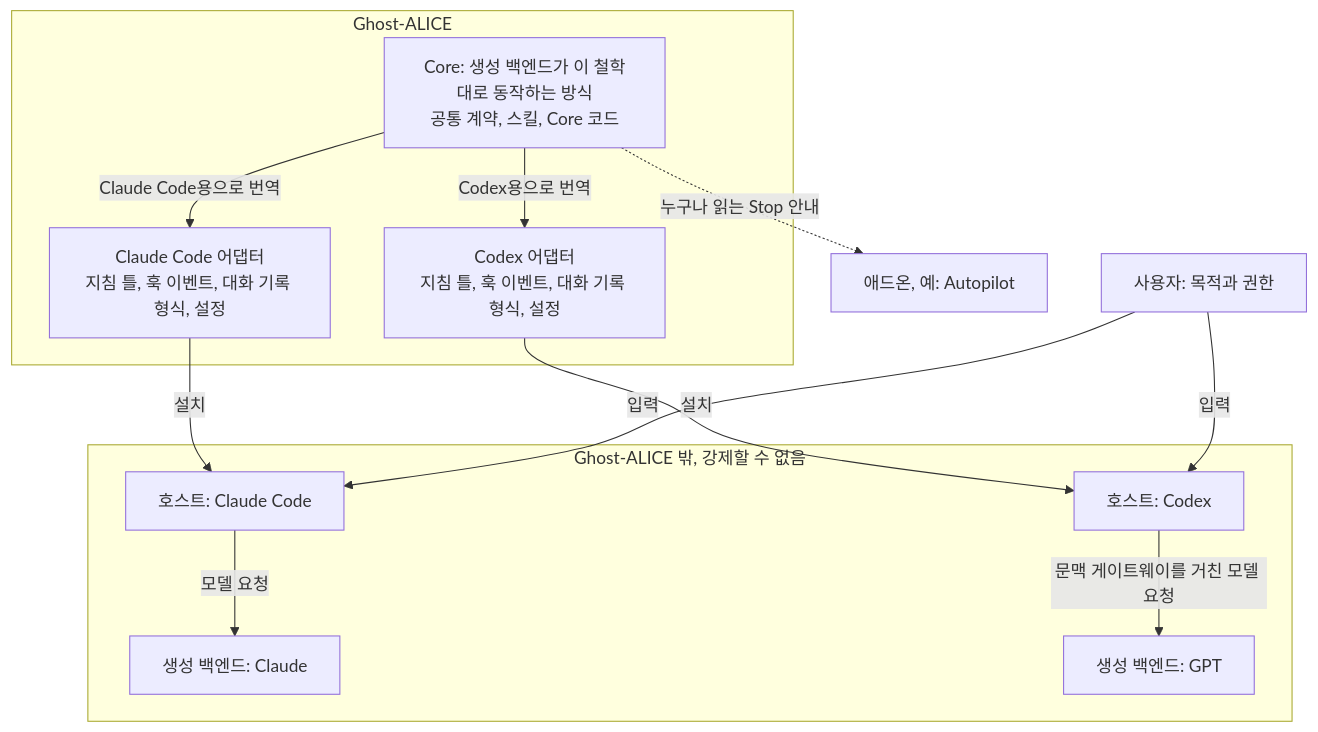
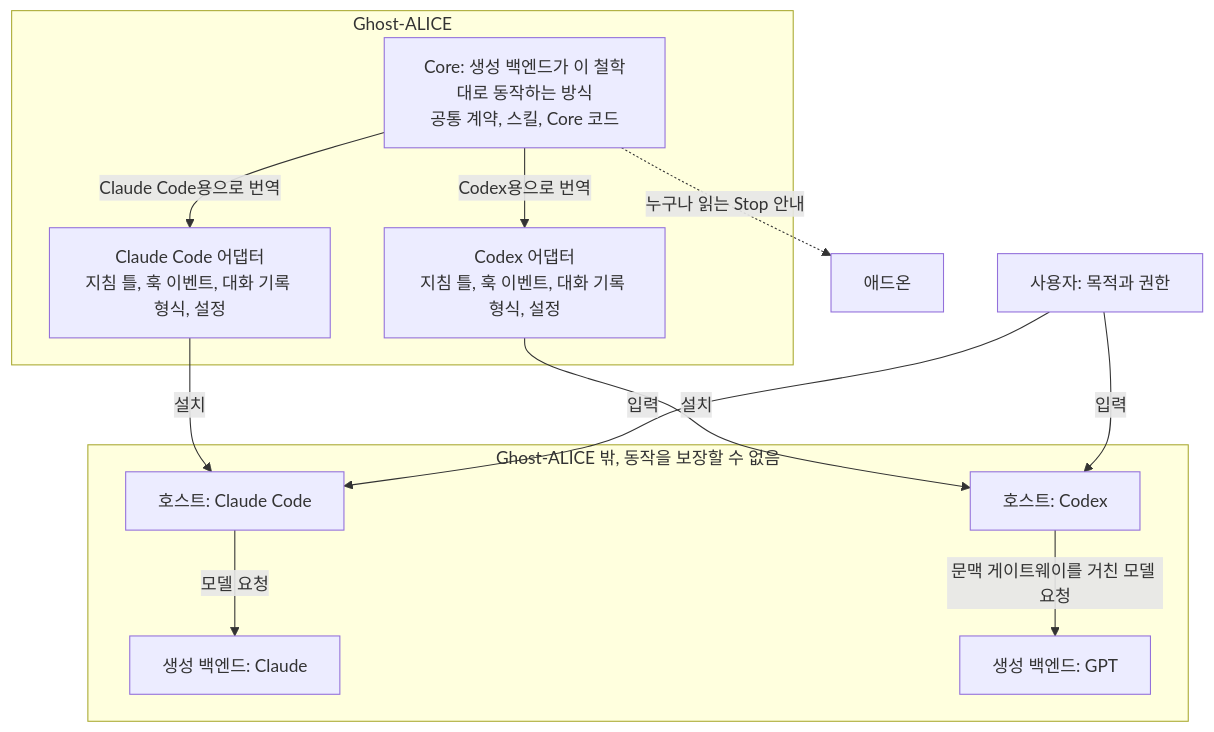
One commit to AidALL/ghost-alice changed the first of 7 diagrams in architecture_ko.md. Above: the diagram before and after it, drawn with Mermaid. The commit also changed other lines of this file and 1 other file, not shown here.

Commit message:
Say Ghost-ALICE cannot guarantee how hosts behave and drop the add-on's name from the structure diagram (#149)
- Replace "not enforceable" with "behavior not guaranteed" and say that Ghost-ALICE instructs and records within the limits the hosts and backends expose, since Core code could block and does not by design
- Remove the add-on's name from the diagram; these documents name no particular add-on

````diff
--- a/architecture_ko.md
+++ b/architecture_ko.md
@@ -9,25 +9,25 @@
 ```mermaid
 flowchart TB
   subgraph GA["Ghost-ALICE"]
     C["Core: 생성 백엔드가 이 철학대로 동작하는 방식<br/>공통 계약, 스킬, Core 코드"]
     AC["Claude Code 어댑터<br/>지침 틀, 훅 이벤트, 대화 기록 형식, 설정"]
     AX["Codex 어댑터<br/>지침 틀, 훅 이벤트, 대화 기록 형식, 설정"]
   end
-  subgraph OUT["Ghost-ALICE 밖, 강제할 수 없음"]
+  subgraph OUT["Ghost-ALICE 밖, 동작을 보장할 수 없음"]
     HC["호스트: Claude Code"]
     HX["호스트: Codex"]
     BC["생성 백엔드: Claude"]
     BX["생성 백엔드: GPT"]
   end
   U["사용자: 목적과 권한"]
-  AD["애드온, 예: Autopilot"]
+  AD["애드온"]
   C -->|Claude Code용으로 번역| AC
   C -->|Codex용으로 번역| AX
   AC -->|설치| HC
   AX -->|설치| HX
   HC -->|모델 요청| BC
   HX -->|문맥 게이트웨이를 거친 모델 요청| BX
   U -->|입력| HC
   U -->|입력| HX
   C -.->|누구나 읽는 Stop 안내| AD
 ```
````
